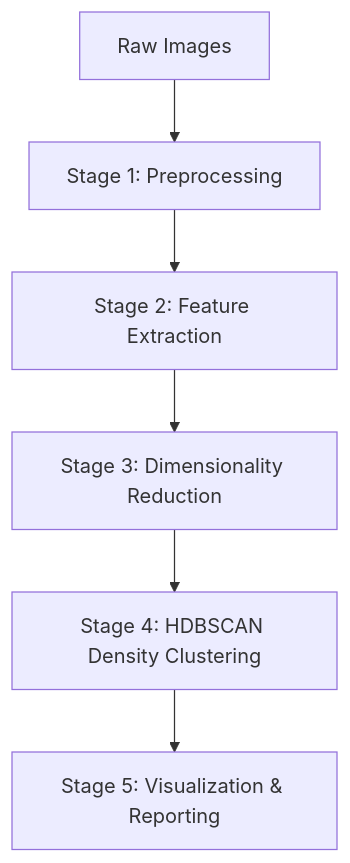
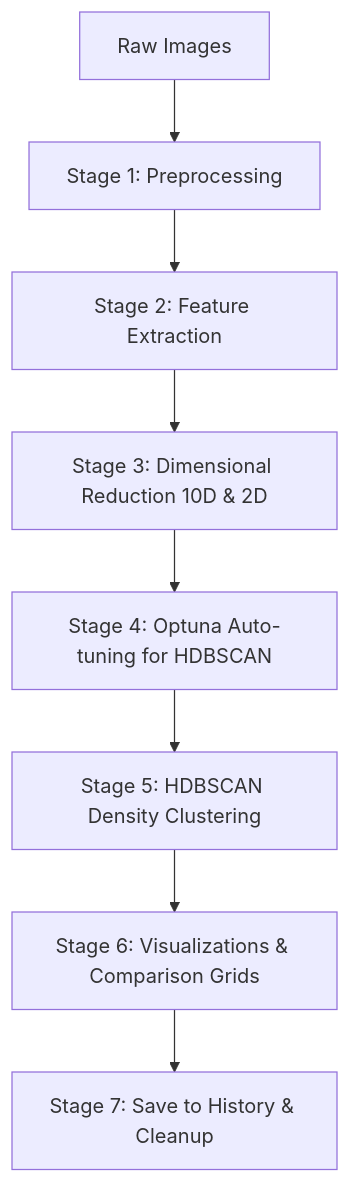
Before and after one commit to Official-Fidev/dino_vits16_togog_clustering: the first of 3 diagrams in FLOWCHART_UPDATED.md, drawn with Mermaid. The commit also changed other lines of this file and 13 other files, not shown here.

Commit message:
feat: integrate Optuna-based auto-tuning for HDBSCAN parameters, support multi-dimensional embeddings for clustering, and implement automated pipeline execution logging.

````diff
--- a/FLOWCHART_UPDATED.md
+++ b/FLOWCHART_UPDATED.md
@@ -8,8 +8,10 @@
 ```mermaid
 graph TD
     A[Raw Images] --> B[Stage 1: Preprocessing]
     B --> C[Stage 2: Feature Extraction]
-    C --> D[Stage 3: Dimensionality Reduction]
-    D --> E[Stage 4: HDBSCAN Density Clustering]
-    E --> F[Stage 5: Visualization & Reporting]
+    C --> D[Stage 3: Dimensional Reduction 10D & 2D]
+    D --> E[Stage 4: Optuna Auto-tuning for HDBSCAN]
+    E --> F[Stage 5: HDBSCAN Density Clustering]
+    F --> G[Stage 6: Visualizations & Comparison Grids]
+    G --> H[Stage 7: Save to History & Cleanup]
 ```
````
